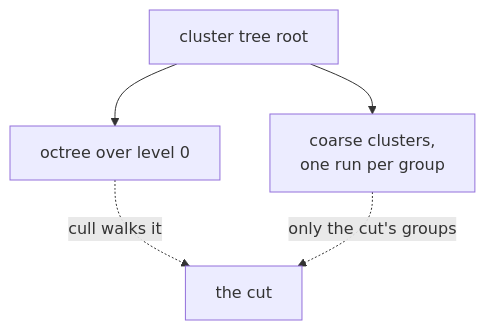
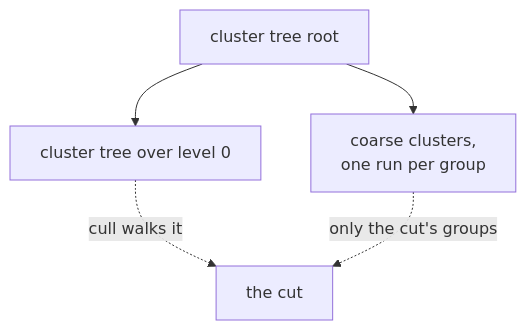
One commit to jose-villegas/autana changed the second of 4 diagrams in docs/render/frame/Levels-of-Detail.md. Above: the diagram before and after it, drawn with Mermaid. The commit also changed 10 other files, not shown here.

Commit message:
r3d: the cluster tree's docs and citation, and the writer refuses a tree deeper than the runtime walks (autana-y6tv1)

````diff
--- a/docs/render/frame/Levels-of-Detail.md
+++ b/docs/render/frame/Levels-of-Detail.md
@@ -35,7 +35,7 @@
 ```mermaid
 flowchart TB
-    Root[cluster tree root] --> Oct[octree over level 0]
+    Root[cluster tree root] --> Oct[cluster tree over level 0]
     Root --> Runs[coarse clusters,<br/>one run per group]
     Oct -. "cull walks it" .-> Cut[the cut]
     Runs -. "only the cut's groups" .-> Cut
 ```
````
